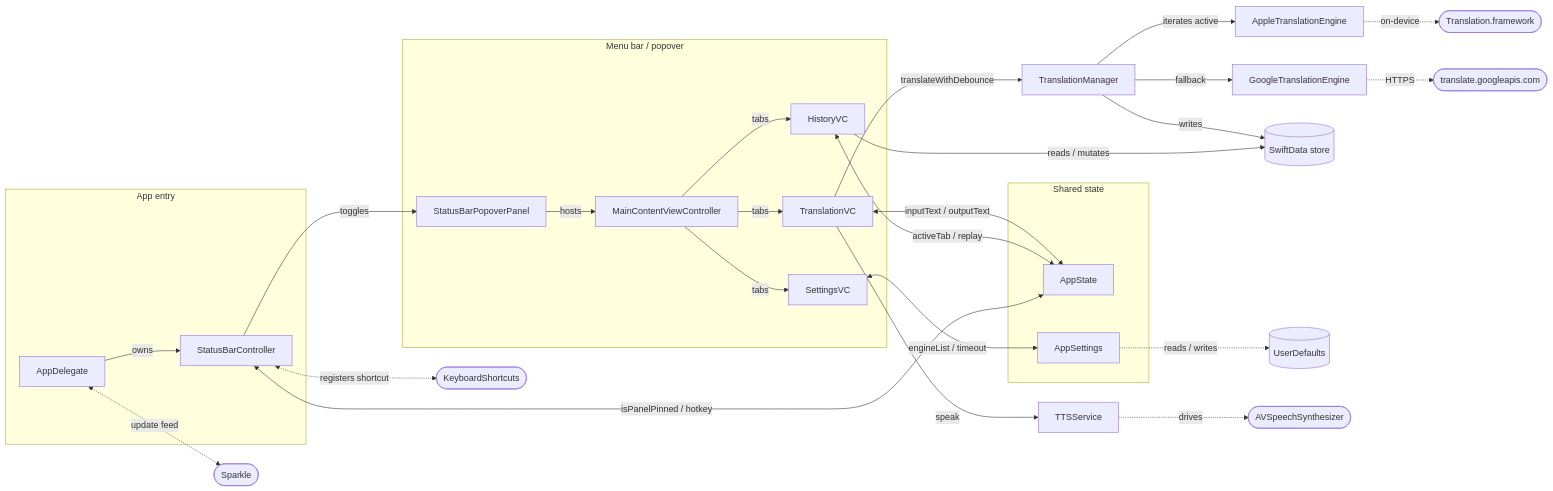
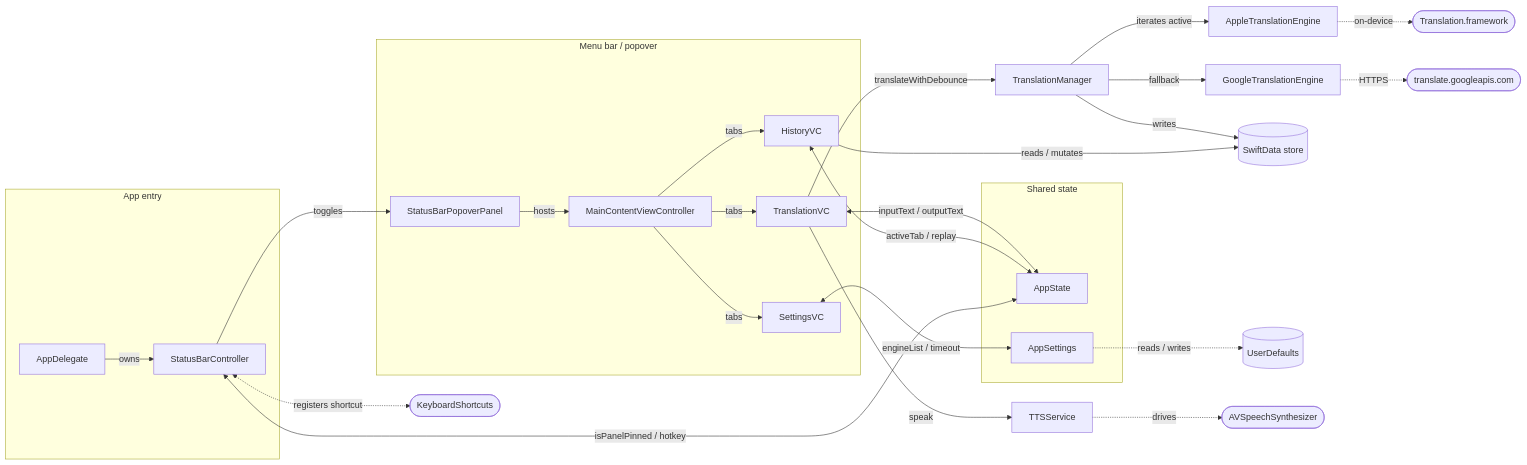
Before and after one commit to yuman07/LingoBar: the diagram in README.md, drawn with Mermaid. The commit also changed other lines of this file and 6 other files, not shown here.

````diff
--- a/README.md
+++ b/README.md
@@ -171,39 +169,38 @@
 ```mermaid
 flowchart LR
     subgraph App["App entry"]
         AppDelegate -->|owns| StatusBarController
     end
 
     subgraph MenuBar["Menu bar / popover"]
         StatusBarController -->|toggles| Panel[StatusBarPopoverPanel]
         Panel -->|hosts| Main[MainContentViewController]
         Main -->|tabs| Tx[TranslationVC]
         Main -->|tabs| Hx[HistoryVC]
         Main -->|tabs| Sx[SettingsVC]
     end
 
     subgraph State["Shared state"]
         AppState
         AppSettings
     end
 
     Tx <-->|inputText / outputText| AppState
     Hx <-->|activeTab / replay| AppState
     Sx <-->|engineList / timeout| AppSettings
     StatusBarController <-->|isPanelPinned / hotkey| AppState
 
     Tx -->|translateWithDebounce| TM[TranslationManager]
     TM -->|iterates active| AppEng[AppleTranslationEngine]
     TM -->|fallback| GoogleEng[GoogleTranslationEngine]
     AppEng -.->|on-device| AppleFw([Translation.framework])
     GoogleEng -.->|HTTPS| GoogleEp([translate.googleapis.com])
 
     TM -->|writes| SwiftData[(SwiftData store)]
     Hx -->|reads / mutates| SwiftData
     AppSettings -.->|reads / writes| Defaults[(UserDefaults)]
 
     StatusBarController <-.->|registers shortcut| Shortcuts([KeyboardShortcuts])
-    AppDelegate <-.->|update feed| Sparkle([Sparkle])
     Tx -->|speak| TTS[TTSService]
     TTS -.->|drives| Speech([AVSpeechSynthesizer])
 ```
````
